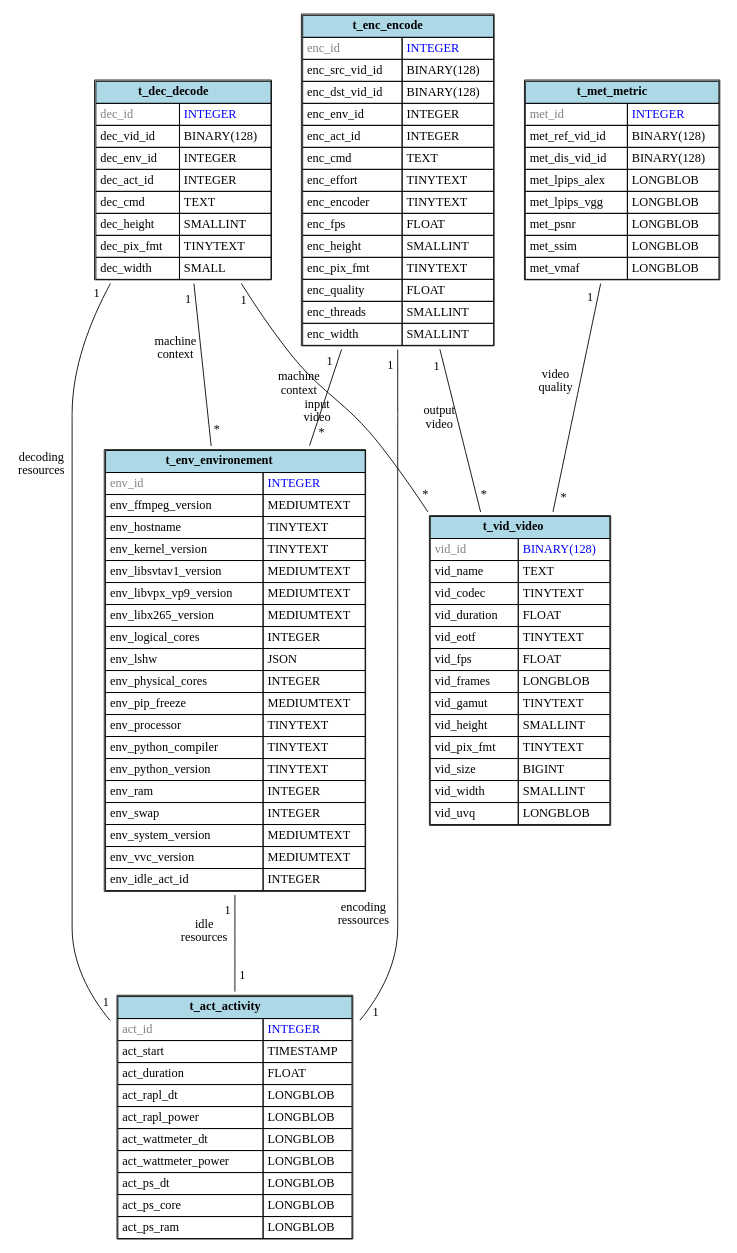
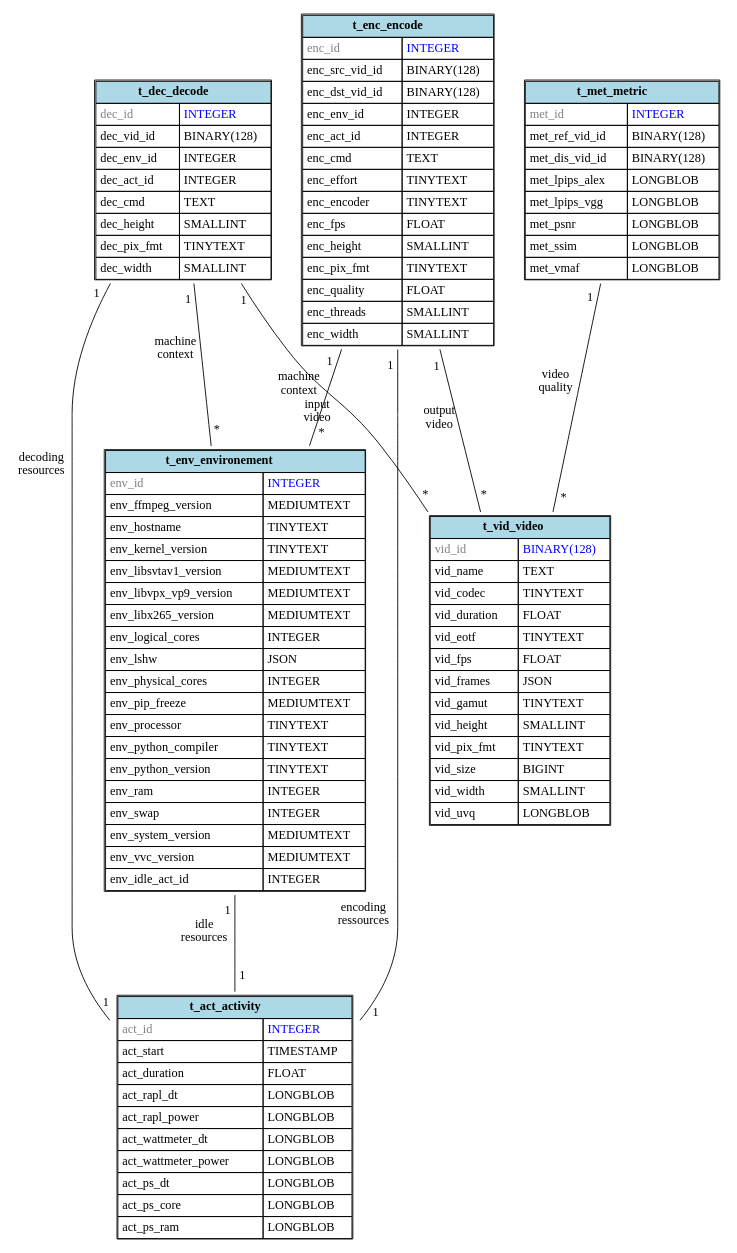
Before and after one commit to robinechuca/mendevi: the diagram in docs/images/database.dot, drawn with Graphviz. The commit also changed 5 other files, not shown here.

```diff
--- a/docs/images/database.dot
+++ b/docs/images/database.dot
@@ -1,126 +1,126 @@
 # dot -Tsvg database.dot > database.svg
 graph database {
   node [shape=plaintext]
   t_act_activity [
     label=<
       <TABLE BORDER="1" CELLBORDER="1" CELLSPACING="0" CELLPADDING="4">
         <TR><TD COLSPAN="2" BGCOLOR="lightblue"><B>t_act_activity</B></TD></TR>
         <TR><TD ALIGN="LEFT"><FONT COLOR="gray">act_id</FONT></TD><TD ALIGN="LEFT"><FONT COLOR="blue">INTEGER</FONT></TD></TR>
         <TR><TD ALIGN="LEFT">act_start</TD><TD ALIGN="LEFT">TIMESTAMP</TD></TR>
         <TR><TD ALIGN="LEFT">act_duration</TD><TD ALIGN="LEFT">FLOAT</TD></TR>
         <TR><TD ALIGN="LEFT">act_rapl_dt</TD><TD ALIGN="LEFT">LONGBLOB</TD></TR>
         <TR><TD ALIGN="LEFT">act_rapl_power</TD><TD ALIGN="LEFT">LONGBLOB</TD></TR>
         <TR><TD ALIGN="LEFT">act_wattmeter_dt</TD><TD ALIGN="LEFT">LONGBLOB</TD></TR>
         <TR><TD ALIGN="LEFT">act_wattmeter_power</TD><TD ALIGN="LEFT">LONGBLOB</TD></TR>
         <TR><TD ALIGN="LEFT">act_ps_dt</TD><TD ALIGN="LEFT">LONGBLOB</TD></TR>
         <TR><TD ALIGN="LEFT">act_ps_core</TD><TD ALIGN="LEFT">LONGBLOB</TD></TR>
         <TR><TD ALIGN="LEFT">act_ps_ram</TD><TD ALIGN="LEFT">LONGBLOB</TD></TR>
       </TABLE>
     >
   ];
   t_vid_video [
     label=<
       <TABLE BORDER="1" CELLBORDER="1" CELLSPACING="0" CELLPADDING="4">
         <TR><TD COLSPAN="2" BGCOLOR="lightblue"><B>t_vid_video</B></TD></TR>
         <TR><TD ALIGN="LEFT"><FONT COLOR="gray">vid_id</FONT></TD><TD ALIGN="LEFT"><FONT COLOR="blue">BINARY(128)</FONT></TD></TR>
         <TR><TD ALIGN="LEFT">vid_name</TD><TD ALIGN="LEFT">TEXT</TD></TR>
         <TR><TD ALIGN="LEFT">vid_codec</TD><TD ALIGN="LEFT">TINYTEXT</TD></TR>
         <TR><TD ALIGN="LEFT">vid_duration</TD><TD ALIGN="LEFT">FLOAT</TD></TR>
         <TR><TD ALIGN="LEFT">vid_eotf</TD><TD ALIGN="LEFT">TINYTEXT</TD></TR>
         <TR><TD ALIGN="LEFT">vid_fps</TD><TD ALIGN="LEFT">FLOAT</TD></TR>
-        <TR><TD ALIGN="LEFT">vid_frames</TD><TD ALIGN="LEFT">LONGBLOB</TD></TR>
+        <TR><TD ALIGN="LEFT">vid_frames</TD><TD ALIGN="LEFT">JSON</TD></TR>
         <TR><TD ALIGN="LEFT">vid_gamut</TD><TD ALIGN="LEFT">TINYTEXT</TD></TR>
         <TR><TD ALIGN="LEFT">vid_height</TD><TD ALIGN="LEFT">SMALLINT</TD></TR>
         <TR><TD ALIGN="LEFT">vid_pix_fmt</TD><TD ALIGN="LEFT">TINYTEXT</TD></TR>
         <TR><TD ALIGN="LEFT">vid_size</TD><TD ALIGN="LEFT">BIGINT</TD></TR>
         <TR><TD ALIGN="LEFT">vid_width</TD><TD ALIGN="LEFT">SMALLINT</TD></TR>
         <TR><TD ALIGN="LEFT">vid_uvq</TD><TD ALIGN="LEFT">LONGBLOB</TD></TR>
       </TABLE>
     >
   ];
   t_met_metric [
     label=<
       <TABLE BORDER="1" CELLBORDER="1" CELLSPACING="0" CELLPADDING="4">
         <TR><TD COLSPAN="2" BGCOLOR="lightblue"><B>t_met_metric</B></TD></TR>
         <TR><TD ALIGN="LEFT"><FONT COLOR="gray">met_id</FONT></TD><TD ALIGN="LEFT"><FONT COLOR="blue">INTEGER</FONT></TD></TR>
         <TR><TD ALIGN="LEFT">met_ref_vid_id</TD><TD ALIGN="LEFT">BINARY(128)</TD></TR>
         <TR><TD ALIGN="LEFT">met_dis_vid_id</TD><TD ALIGN="LEFT">BINARY(128)</TD></TR>
         <TR><TD ALIGN="LEFT">met_lpips_alex</TD><TD ALIGN="LEFT">LONGBLOB</TD></TR>
         <TR><TD ALIGN="LEFT">met_lpips_vgg</TD><TD ALIGN="LEFT">LONGBLOB</TD></TR>
         <TR><TD ALIGN="LEFT">met_psnr</TD><TD ALIGN="LEFT">LONGBLOB</TD></TR>
         <TR><TD ALIGN="LEFT">met_ssim</TD><TD ALIGN="LEFT">LONGBLOB</TD></TR>
         <TR><TD ALIGN="LEFT">met_vmaf</TD><TD ALIGN="LEFT">LONGBLOB</TD></TR>
       </TABLE>
     >
   ];
   t_env_environement [
     label=<
       <TABLE BORDER="1" CELLBORDER="1" CELLSPACING="0" CELLPADDING="4">
         <TR><TD COLSPAN="2" BGCOLOR="lightblue"><B>t_env_environement</B></TD></TR>
         <TR><TD ALIGN="LEFT"><FONT COLOR="gray">env_id</FONT></TD><TD ALIGN="LEFT"><FONT COLOR="blue">INTEGER</FONT></TD></TR>
         <TR><TD ALIGN="LEFT">env_ffmpeg_version</TD><TD ALIGN="LEFT">MEDIUMTEXT</TD></TR>
         <TR><TD ALIGN="LEFT">env_hostname</TD><TD ALIGN="LEFT">TINYTEXT</TD></TR>
         <TR><TD ALIGN="LEFT">env_kernel_version</TD><TD ALIGN="LEFT">TINYTEXT</TD></TR>
         <TR><TD ALIGN="LEFT">env_libsvtav1_version</TD><TD ALIGN="LEFT">MEDIUMTEXT</TD></TR>
         <TR><TD ALIGN="LEFT">env_libvpx_vp9_version</TD><TD ALIGN="LEFT">MEDIUMTEXT</TD></TR>
         <TR><TD ALIGN="LEFT">env_libx265_version</TD><TD ALIGN="LEFT">MEDIUMTEXT</TD></TR>
         <TR><TD ALIGN="LEFT">env_logical_cores</TD><TD ALIGN="LEFT">INTEGER</TD></TR>
         <TR><TD ALIGN="LEFT">env_lshw</TD><TD ALIGN="LEFT">JSON</TD></TR>
         <TR><TD ALIGN="LEFT">env_physical_cores</TD><TD ALIGN="LEFT">INTEGER</TD></TR>
         <TR><TD ALIGN="LEFT">env_pip_freeze</TD><TD ALIGN="LEFT">MEDIUMTEXT</TD></TR>
         <TR><TD ALIGN="LEFT">env_processor</TD><TD ALIGN="LEFT">TINYTEXT</TD></TR>
         <TR><TD ALIGN="LEFT">env_python_compiler</TD><TD ALIGN="LEFT">TINYTEXT</TD></TR>
         <TR><TD ALIGN="LEFT">env_python_version</TD><TD ALIGN="LEFT">TINYTEXT</TD></TR>
         <TR><TD ALIGN="LEFT">env_ram</TD><TD ALIGN="LEFT">INTEGER</TD></TR>
         <TR><TD ALIGN="LEFT">env_swap</TD><TD ALIGN="LEFT">INTEGER</TD></TR>
         <TR><TD ALIGN="LEFT">env_system_version</TD><TD ALIGN="LEFT">MEDIUMTEXT</TD></TR>
         <TR><TD ALIGN="LEFT">env_vvc_version</TD><TD ALIGN="LEFT">MEDIUMTEXT</TD></TR>
         <TR><TD ALIGN="LEFT">env_idle_act_id</TD><TD ALIGN="LEFT">INTEGER</TD></TR>
       </TABLE>
     >
   ];
   t_dec_decode [
     label=<
       <TABLE BORDER="1" CELLBORDER="1" CELLSPACING="0" CELLPADDING="4">
         <TR><TD COLSPAN="2" BGCOLOR="lightblue"><B>t_dec_decode</B></TD></TR>
         <TR><TD ALIGN="LEFT"><FONT COLOR="gray">dec_id</FONT></TD><TD ALIGN="LEFT"><FONT COLOR="blue">INTEGER</FONT></TD></TR>
         <TR><TD ALIGN="LEFT">dec_vid_id</TD><TD ALIGN="LEFT">BINARY(128)</TD></TR>
         <TR><TD ALIGN="LEFT">dec_env_id</TD><TD ALIGN="LEFT">INTEGER</TD></TR>
         <TR><TD ALIGN="LEFT">dec_act_id</TD><TD ALIGN="LEFT">INTEGER</TD></TR>
         <TR><TD ALIGN="LEFT">dec_cmd</TD><TD ALIGN="LEFT">TEXT</TD></TR>
         <TR><TD ALIGN="LEFT">dec_height</TD><TD ALIGN="LEFT">SMALLINT</TD></TR>
         <TR><TD ALIGN="LEFT">dec_pix_fmt</TD><TD ALIGN="LEFT">TINYTEXT</TD></TR>
-        <TR><TD ALIGN="LEFT">dec_width</TD><TD ALIGN="LEFT">SMALL</TD></TR>
+        <TR><TD ALIGN="LEFT">dec_width</TD><TD ALIGN="LEFT">SMALLINT</TD></TR>
       </TABLE>
     >
   ];
   t_enc_encode [
     label=<
       <TABLE BORDER="1" CELLBORDER="1" CELLSPACING="0" CELLPADDING="4">
         <TR><TD COLSPAN="2" BGCOLOR="lightblue"><B>t_enc_encode</B></TD></TR>
         <TR><TD ALIGN="LEFT"><FONT COLOR="gray">enc_id</FONT></TD><TD ALIGN="LEFT"><FONT COLOR="blue">INTEGER</FONT></TD></TR>
         <TR><TD ALIGN="LEFT">enc_src_vid_id</TD><TD ALIGN="LEFT">BINARY(128)</TD></TR>
         <TR><TD ALIGN="LEFT">enc_dst_vid_id</TD><TD ALIGN="LEFT">BINARY(128)</TD></TR>
         <TR><TD ALIGN="LEFT">enc_env_id</TD><TD ALIGN="LEFT">INTEGER</TD></TR>
         <TR><TD ALIGN="LEFT">enc_act_id</TD><TD ALIGN="LEFT">INTEGER</TD></TR>
         <TR><TD ALIGN="LEFT">enc_cmd</TD><TD ALIGN="LEFT">TEXT</TD></TR>
         <TR><TD ALIGN="LEFT">enc_effort</TD><TD ALIGN="LEFT">TINYTEXT</TD></TR>
         <TR><TD ALIGN="LEFT">enc_encoder</TD><TD ALIGN="LEFT">TINYTEXT</TD></TR>
         <TR><TD ALIGN="LEFT">enc_fps</TD><TD ALIGN="LEFT">FLOAT</TD></TR>
         <TR><TD ALIGN="LEFT">enc_height</TD><TD ALIGN="LEFT">SMALLINT</TD></TR>
         <TR><TD ALIGN="LEFT">enc_pix_fmt</TD><TD ALIGN="LEFT">TINYTEXT</TD></TR>
         <TR><TD ALIGN="LEFT">enc_quality</TD><TD ALIGN="LEFT">FLOAT</TD></TR>
         <TR><TD ALIGN="LEFT">enc_threads</TD><TD ALIGN="LEFT">SMALLINT</TD></TR>
         <TR><TD ALIGN="LEFT">enc_width</TD><TD ALIGN="LEFT">SMALLINT</TD></TR>
       </TABLE>
     >
   ];
   t_enc_encode -- t_act_activity [minlen=3, taillabel="1", headlabel="1", xlabel="encoding\nressources", labeldistance=2.0]
   t_enc_encode -- t_env_environement [minlen=3, taillabel="1", headlabel="*", xlabel="machine\ncontext", labeldistance=2.0]
   t_enc_encode -- t_vid_video [minlen=3, taillabel="1", headlabel="*", xlabel="output\nvideo", labeldistance=2.0]
   t_met_metric -- t_vid_video [minlen=3, taillabel="1", headlabel="*", xlabel="video\nquality", labeldistance=2.0]
   t_dec_decode -- t_act_activity [minlen=3, taillabel="1", headlabel="1", xlabel="decoding\nresources", labeldistance=2.0]
   t_dec_decode -- t_env_environement [minlen=3, taillabel="1", headlabel="*", xlabel="machine\ncontext", labeldistance=2.0]
   t_dec_decode -- t_vid_video [minlen=3, taillabel="1", headlabel="*", xlabel="input\nvideo", labeldistance=2.0]
   t_env_environement -- t_act_activity [minlen=3, taillabel="1", headlabel="1", xlabel="idle\nresources", labeldistance=2.0]
 }
```
